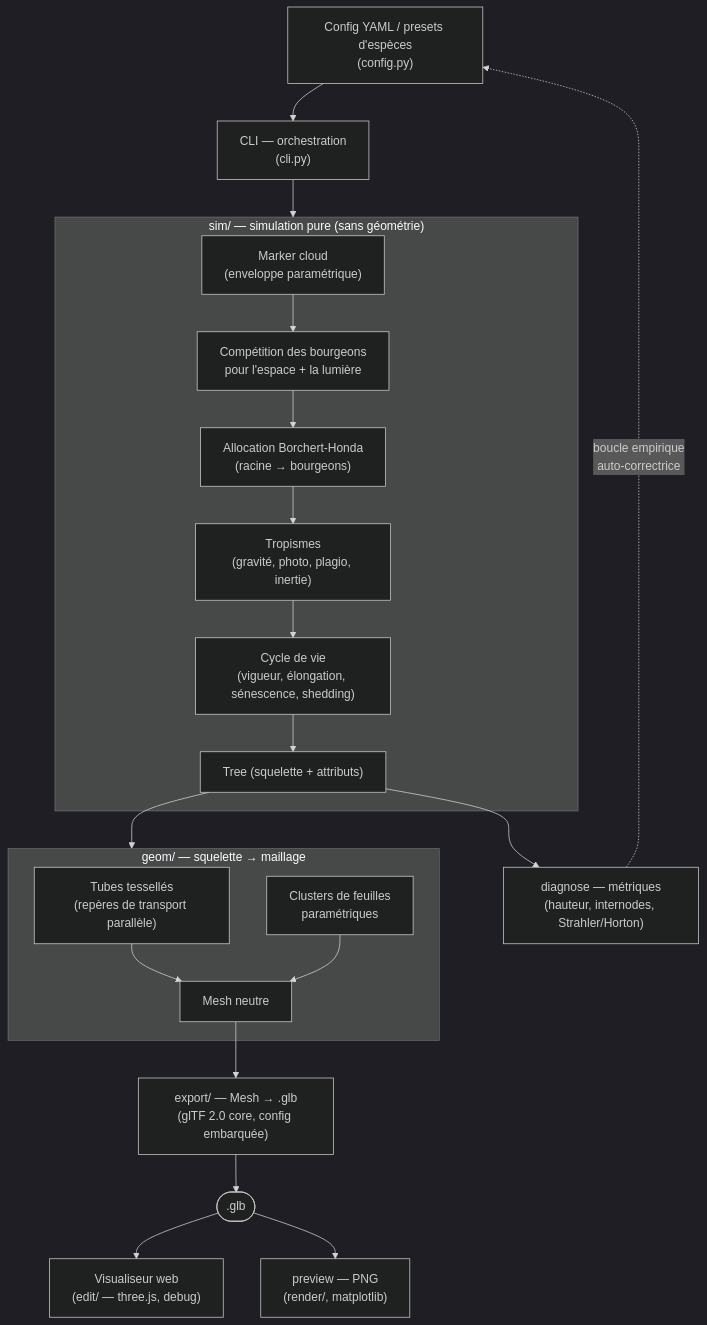
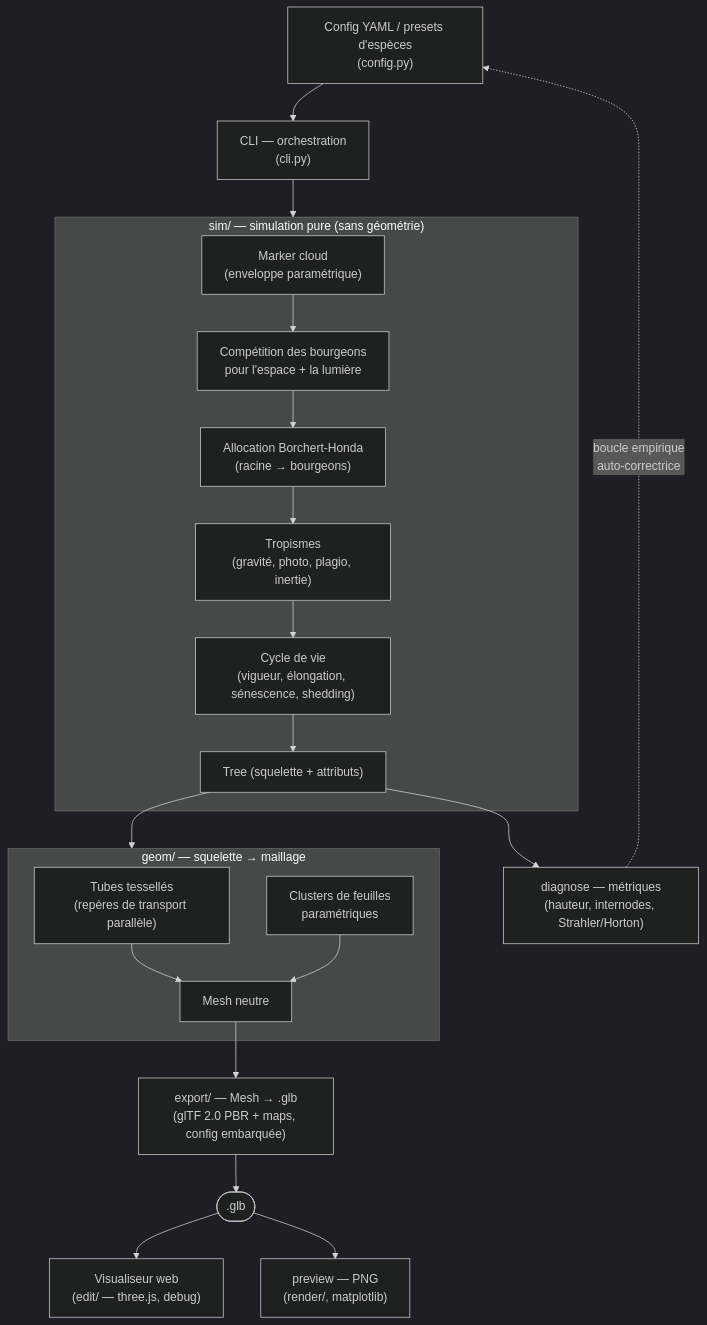
One commit to julien-riel/palubicki changed the diagram in README.md. Above: the diagram before and after it, drawn with Mermaid (dark theme). The commit also changed other lines of this file and 24 other files, not shown here.

First line of the commit message:
export(P2): photoreal master — geometric leaf blade + normal/ORM maps + color management (#73)

````diff
--- a/README.md
+++ b/README.md
@@ -154,37 +161,37 @@
 ```mermaid
 flowchart TD
     cfg["Config YAML / presets d'espèces<br/>(config.py)"]
     cli["CLI — orchestration<br/>(cli.py)"]
 
     subgraph sim["sim/ — simulation pure (sans géométrie)"]
         markers["Marker cloud<br/>(enveloppe paramétrique)"]
         buds["Compétition des bourgeons<br/>pour l'espace + la lumière"]
         bh["Allocation Borchert-Honda<br/>(racine → bourgeons)"]
         trop["Tropismes<br/>(gravité, photo, plagio, inertie)"]
         life["Cycle de vie<br/>(vigueur, élongation, sénescence, shedding)"]
         tree["Tree (squelette + attributs)"]
         markers --> buds --> bh --> trop --> life --> tree
     end
 
     subgraph geom["geom/ — squelette → maillage"]
         tubes["Tubes tessellés<br/>(repères de transport parallèle)"]
         leaves["Clusters de feuilles<br/>paramétriques"]
         mesh["Mesh neutre"]
         tubes --> mesh
         leaves --> mesh
     end
 
-    export["export/ — Mesh → .glb<br/>(glTF 2.0 core, config embarquée)"]
+    export["export/ — Mesh → .glb<br/>(glTF 2.0 PBR + maps, config embarquée)"]
     glb([".glb"])
 
     cfg --> cli
     cli --> sim
     tree --> geom
     mesh --> export --> glb
 
     glb --> viewer["Visualiseur web<br/>(edit/ — three.js, debug)"]
     glb --> preview["preview — PNG<br/>(render/, matplotlib)"]
     tree --> diag["diagnose — métriques<br/>(hauteur, internodes, Strahler/Horton)"]
 
     diag -.->|boucle empirique<br/>auto-correctrice| cfg
 ```
````
